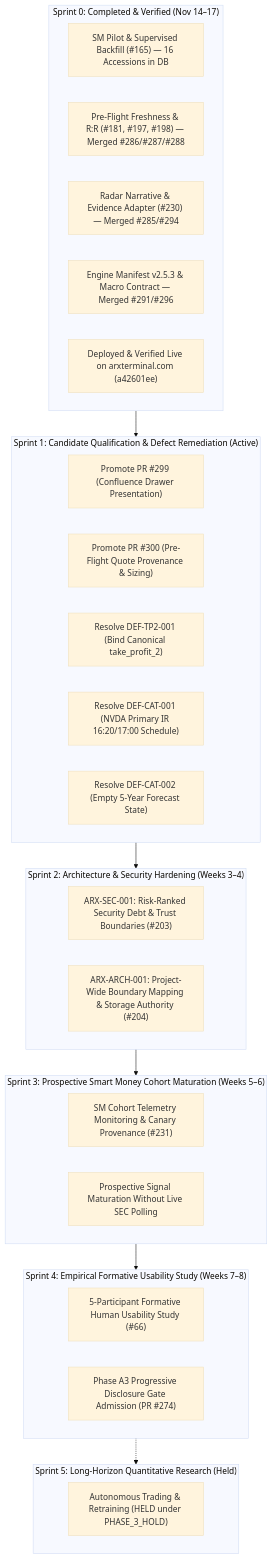
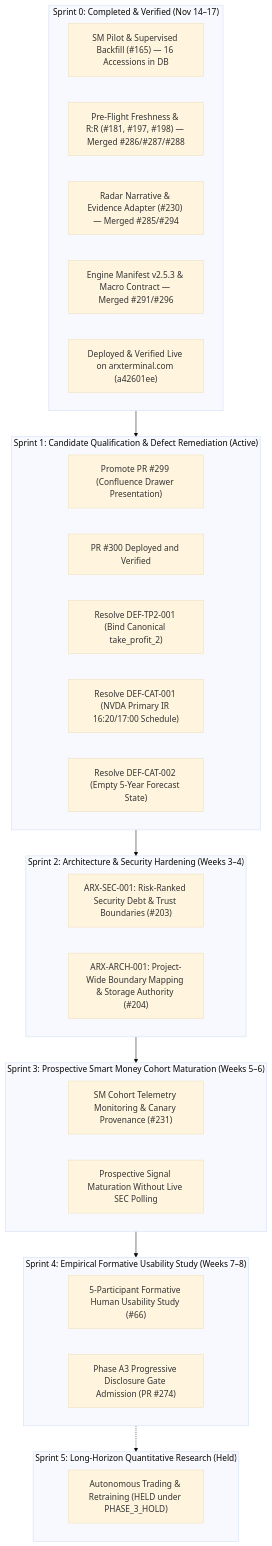
One commit to daakara/finance changed the diagram in docs/planning/ARX_CANONICAL_SPRINT_ROADMAP_2026_11_17.md. Above: the diagram before and after it, drawn with Mermaid (base theme). The commit also changed other lines of this file, not shown here.

````diff
--- a/docs/planning/ARX_CANONICAL_SPRINT_ROADMAP_2026_11_17.md
+++ b/docs/planning/ARX_CANONICAL_SPRINT_ROADMAP_2026_11_17.md
@@ -78,39 +78,39 @@
 ```mermaid
 flowchart TD
     subgraph S0["Sprint 0: Completed & Verified (Nov 14–17)"]
         S0_1["SM Pilot & Supervised Backfill (#165) — 16 Accessions in DB"]
         S0_2["Pre-Flight Freshness & R:R (#181, #197, #198) — Merged #286/#287/#288"]
         S0_3["Radar Narrative & Evidence Adapter (#230) — Merged #285/#294"]
         S0_4["Engine Manifest v2.5.3 & Macro Contract — Merged #291/#296"]
         S0_5["Deployed & Verified Live on arxterminal.com (a42601ee)"]
     end
 
     subgraph S1["Sprint 1: Candidate Qualification & Defect Remediation (Active)"]
         S1_1["Promote PR #299 (Confluence Drawer Presentation)"]
-        S1_2["Promote PR #300 (Pre-Flight Quote Provenance & Sizing)"]
+        S1_2["PR #300 Deployed and Verified"]
         S1_3["Resolve DEF-TP2-001 (Bind Canonical take_profit_2)"]
         S1_4["Resolve DEF-CAT-001 (NVDA Primary IR 16:20/17:00 Schedule)"]
         S1_5["Resolve DEF-CAT-002 (Empty 5-Year Forecast State)"]
     end
 
     subgraph S2["Sprint 2: Architecture & Security Hardening (Weeks 3–4)"]
         S2_1["ARX-SEC-001: Risk-Ranked Security Debt & Trust Boundaries (#203)"]
         S2_2["ARX-ARCH-001: Project-Wide Boundary Mapping & Storage Authority (#204)"]
     end
 
     subgraph S3["Sprint 3: Prospective Smart Money Cohort Maturation (Weeks 5–6)"]
         S3_1["SM Cohort Telemetry Monitoring & Canary Provenance (#231)"]
         S3_2["Prospective Signal Maturation Without Live SEC Polling"]
     end
 
     subgraph S4["Sprint 4: Empirical Formative Usability Study (Weeks 7–8)"]
         S4_1["5-Participant Formative Human Usability Study (#66)"]
         S4_2["Phase A3 Progressive Disclosure Gate Admission (PR #274)"]
     end
 
     subgraph S5["Sprint 5: Long-Horizon Quantitative Research (Held)"]
         S5_Hold["Autonomous Trading & Retraining (HELD under PHASE_3_HOLD)"]
     end
 
     S0 --> S1 --> S2 --> S3 --> S4 -.-> S5
 ```
````
